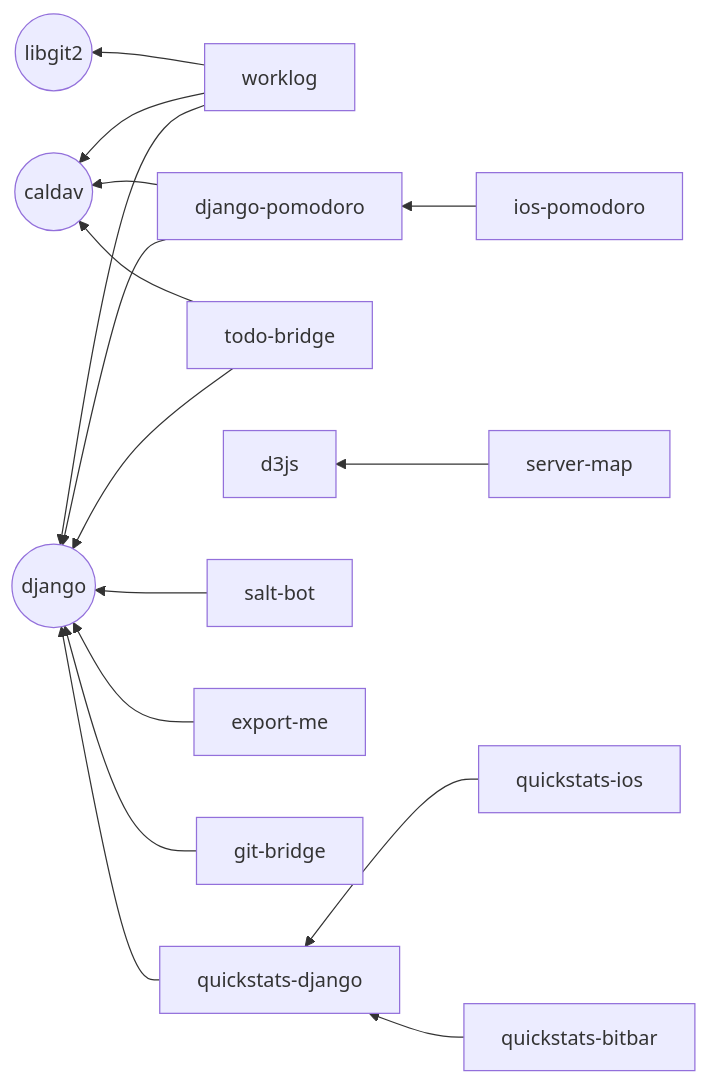
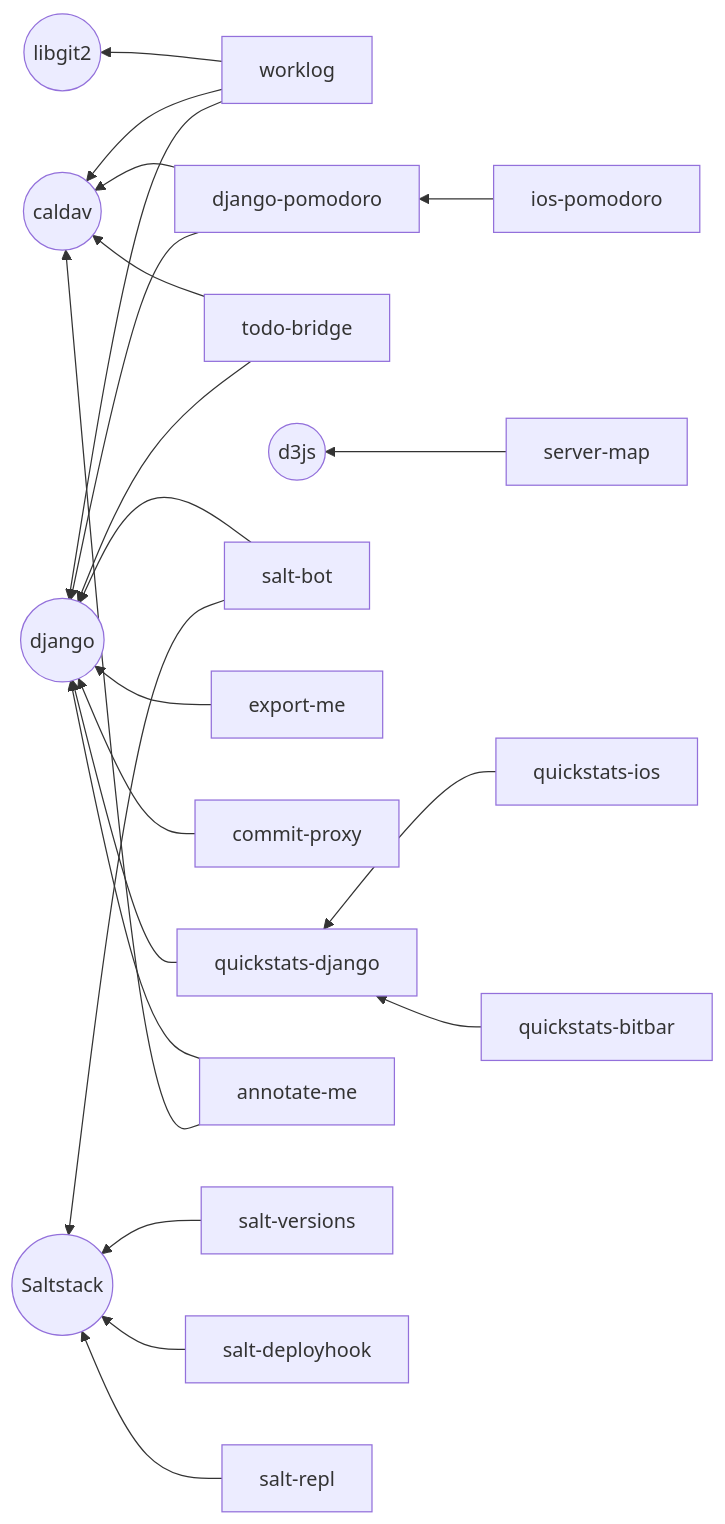
One commit to kfdm/ideas.paultraylor.dev changed the diagram in content/ideas/dependencies.md. Above: the diagram before and after it, drawn with Mermaid. The commit also changed other lines of this file and 2 other files, not shown here.

````diff
--- a/content/ideas/dependencies.md
+++ b/content/ideas/dependencies.md
@@ -7,24 +9,35 @@
 ```mermaid
 graph RL
 worklog-->libgit2((libgit2))
 worklog-->caldav((caldav))
 django-pomodoro-->caldav
 todo-bridge-->caldav
 worklog-->django((django))
+d3js((d3js))
+salt((Saltstack))
 
 
 django-pomodoro-->django
 ios-pomodoro-->django-pomodoro
 server-map-->d3js
 salt-bot-->django
 export-me-->django
 todo-bridge-->django
 
-git-bridge-->django
+commit-proxy-->django
 quickstats-django-->django
 quickstats-ios-->quickstats-django
 quickstats-bitbar-->quickstats-django
+annotate-me-->django
+annotate-me-->caldav
+
+salt-versions-->salt
+salt-deployhook-->salt
+salt-repl-->salt
+salt-bot-->salt
 
 click worklog "http://example.com"
-click export-me "https://github.com/kfdm/export-me"
+click export-me "https://github.com/kfdm/exportme"
+click annotate-me "https://github.com/kfdm/annotateme"
+click commit-proxy "https://github.com/kfdm/commit-proxy"
 ```
````
